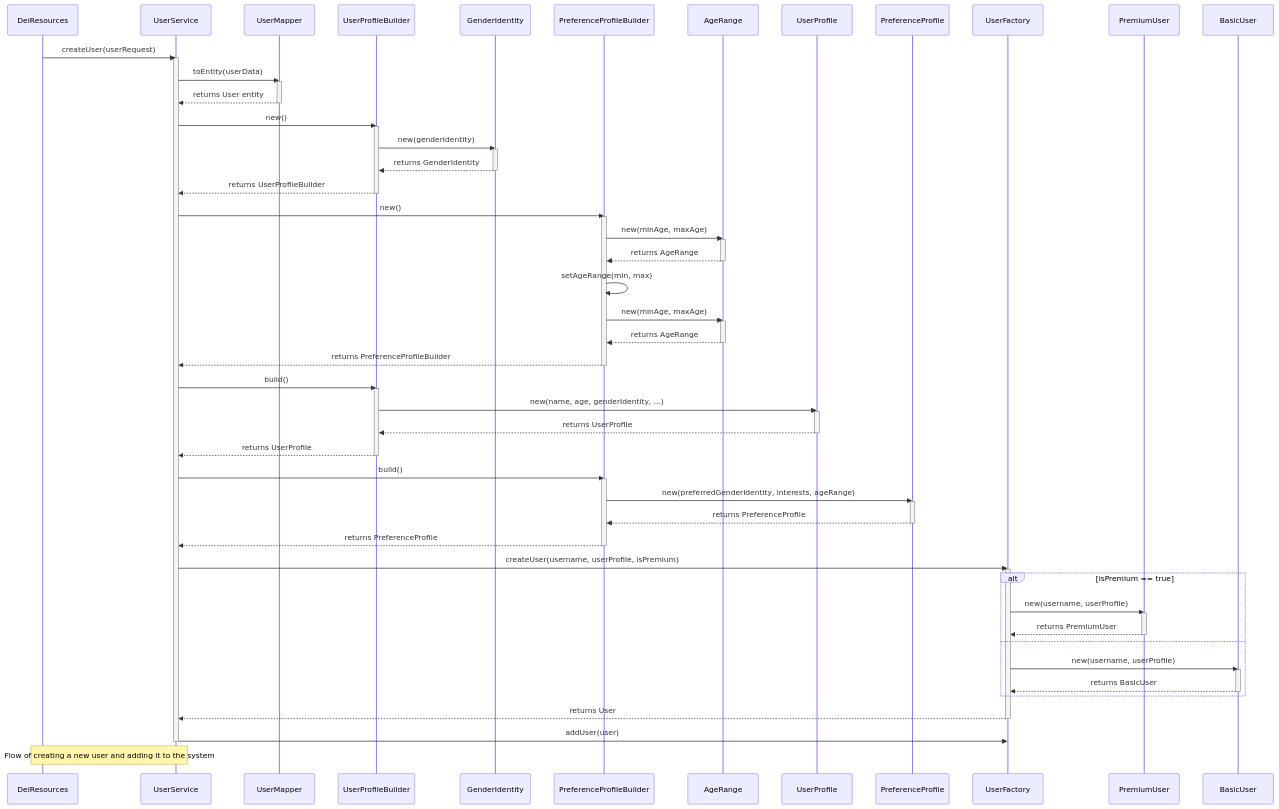
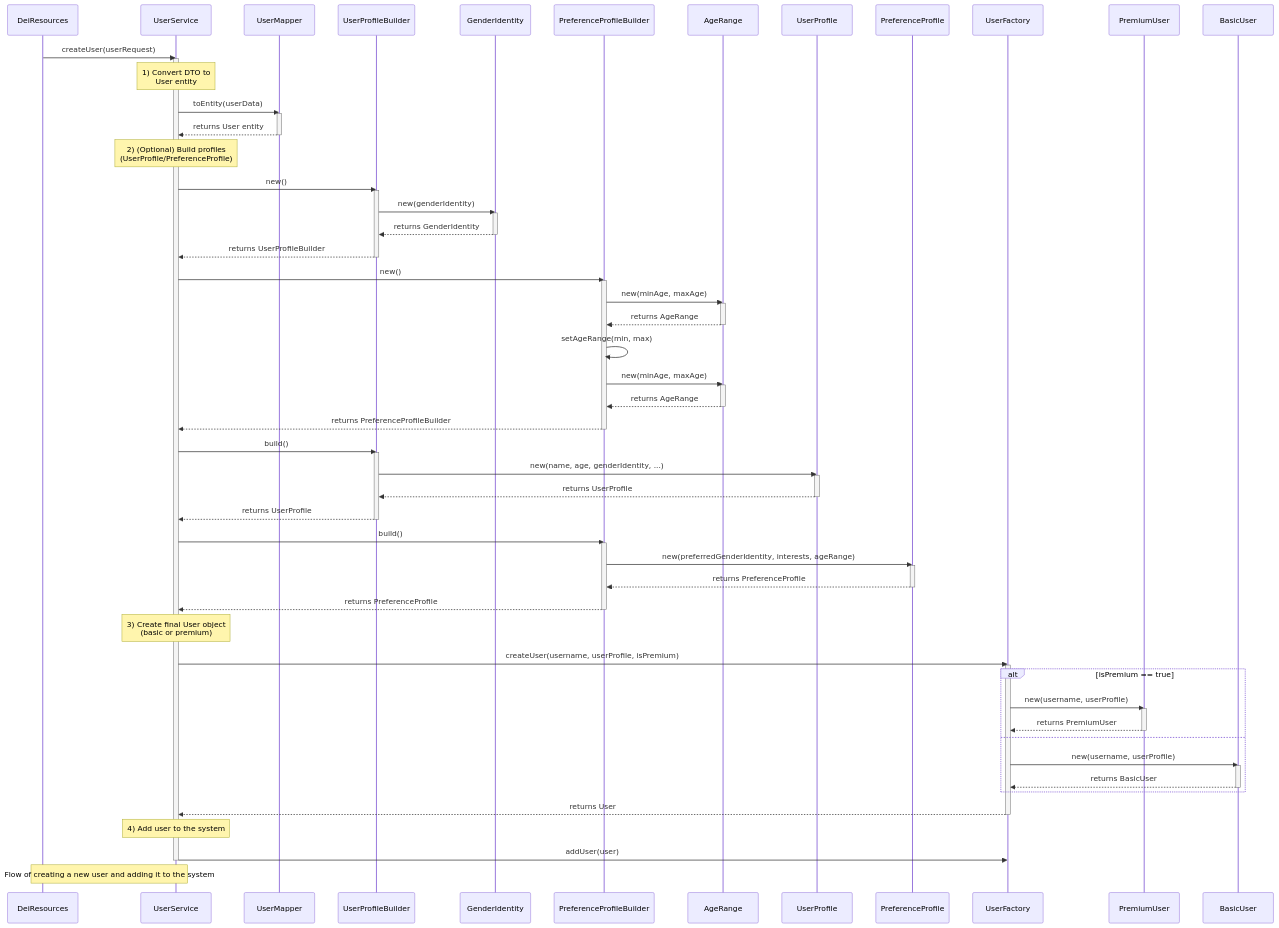
One commit to huhuhu0420/DEI-Dating-System changed the first of 2 diagrams in README.md. Above: the diagram before and after it, drawn with Mermaid.

Commit message:
update sequence diagram with note

```diff
--- a/README.md
+++ b/README.md
@@ -251,11 +251,14 @@
 
     DeiResources->>UserService: createUser(userRequest)
     activate UserService
+
+    Note over UserService: 1) Convert DTO to <br/> User entity
     UserService->>UserMapper: toEntity(userData)
     activate UserMapper
     UserMapper-->>UserService: returns User entity
     deactivate UserMapper
 
+    Note over UserService: 2) (Optional) Build profiles <br/> (UserProfile/PreferenceProfile)
     UserService->>UserProfileBuilder: new()
     activate UserProfileBuilder
     UserProfileBuilder->>GenderIdentity: new(genderIdentity)
@@ -300,6 +303,7 @@
     PreferenceProfileBuilder-->>UserService: returns PreferenceProfile
     deactivate PreferenceProfileBuilder
 
+    Note over UserService: 3) Create final User object <br/> (basic or premium)
     UserService->>UserFactory: createUser(username, userProfile, isPremium)
     activate UserFactory
     alt isPremium == true
@@ -316,6 +320,7 @@
     UserFactory-->>UserService: returns User
     deactivate UserFactory
 
+    Note over UserService: 4) Add user to the system
     UserService->>UserFactory: addUser(user)
     deactivate UserService
 
```
